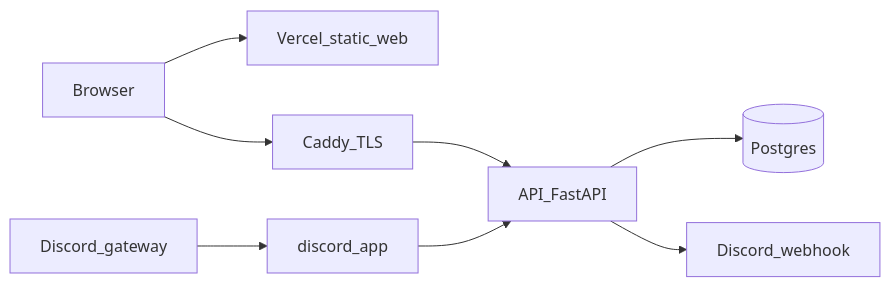
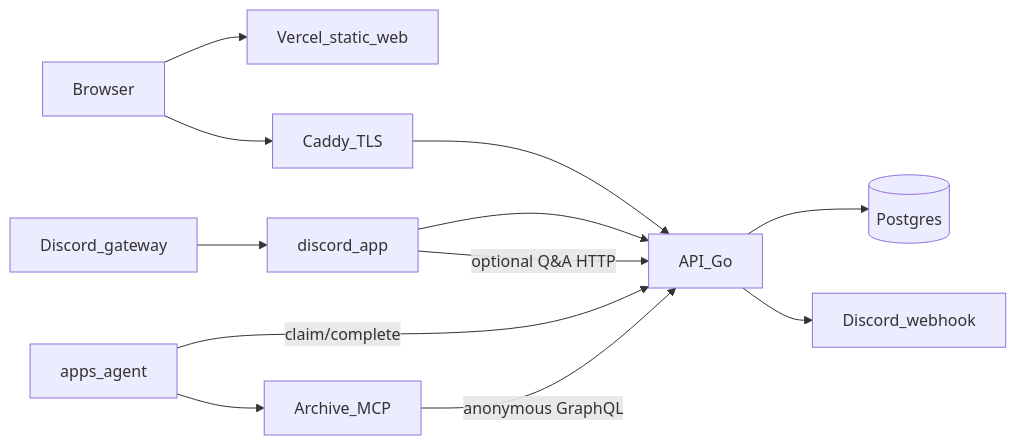
One commit to piyushsatti/chronicler changed the diagram in docs/overview.md. Above: the diagram before and after it, drawn with Mermaid. The commit also changed other lines of this file and 105 other files, not shown here.

````diff
--- a/docs/overview.md
+++ b/docs/overview.md
@@ -24,10 +24,14 @@
 ```mermaid
 flowchart LR
     B[Browser] --> V[Vercel_static_web]
     B --> C[Caddy_TLS]
-    C --> A[API_FastAPI]
+    C --> A[API_Go]
     A --> P[(Postgres)]
     D[Discord_gateway] --> BO[discord_app]
     BO --> A
     A --> DW[Discord_webhook]
+    BO -->|"optional Q&A HTTP"| A
+    AG[apps_agent] -->|"claim/complete"| A
+    AG --> AR[Archive_MCP]
+    AR -->|"anonymous GraphQL"| A
 ```
````
